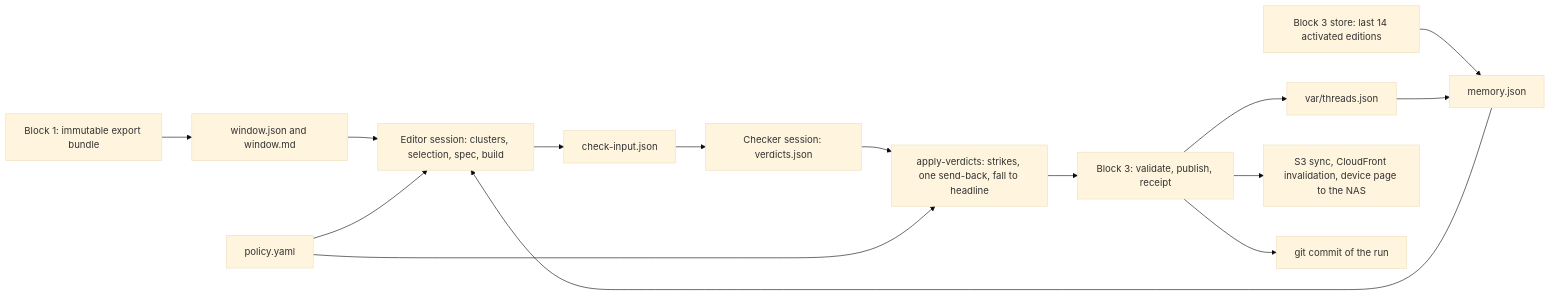
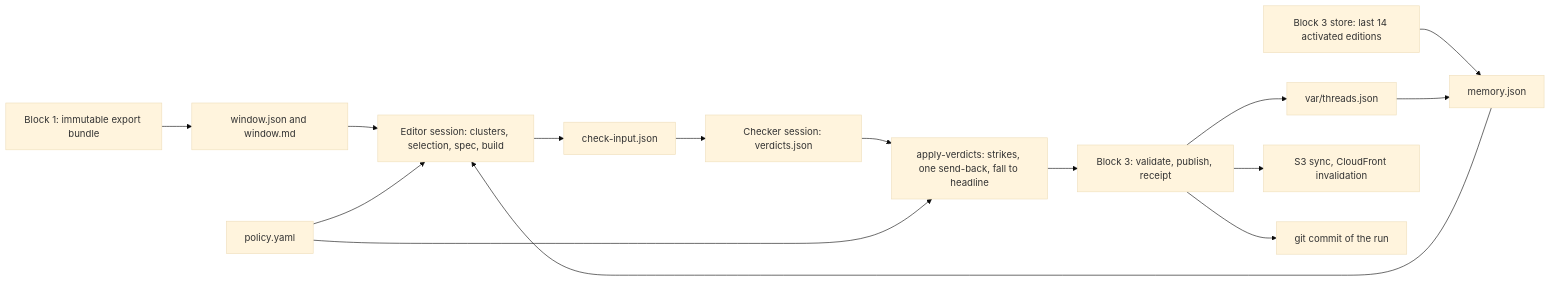
Before and after one commit to vyakimov/copenhagen-daily: the diagram in docs/editorial-architecture.md, drawn with Mermaid (base theme). The commit also changed other lines of this file and 21 other files, not shown here.

First line of the commit message:
Drop the printed-page link and the NAS push; the screen reads device/current.png

````diff
--- a/docs/editorial-architecture.md
+++ b/docs/editorial-architecture.md
@@ -15,17 +15,17 @@
 ```mermaid
 flowchart LR
     A[Block 1: immutable export bundle] --> W[window.json and window.md]
     S[Block 3 store: last 14 activated editions] --> M[memory.json]
     T[var/threads.json] --> M
     W --> E[Editor session: clusters, selection, spec, build]
     M --> E
     E --> C[check-input.json]
     C --> K[Checker session: verdicts.json]
     K --> V[apply-verdicts: strikes, one send-back, fall to headline]
     V --> P[Block 3: validate, publish, receipt]
-    P --> D[S3 sync, CloudFront invalidation, device page to the NAS]
+    P --> D[S3 sync, CloudFront invalidation]
     P --> T
     P --> G[git commit of the run]
     Y[policy.yaml] --> E
     Y --> V
 ```
````
